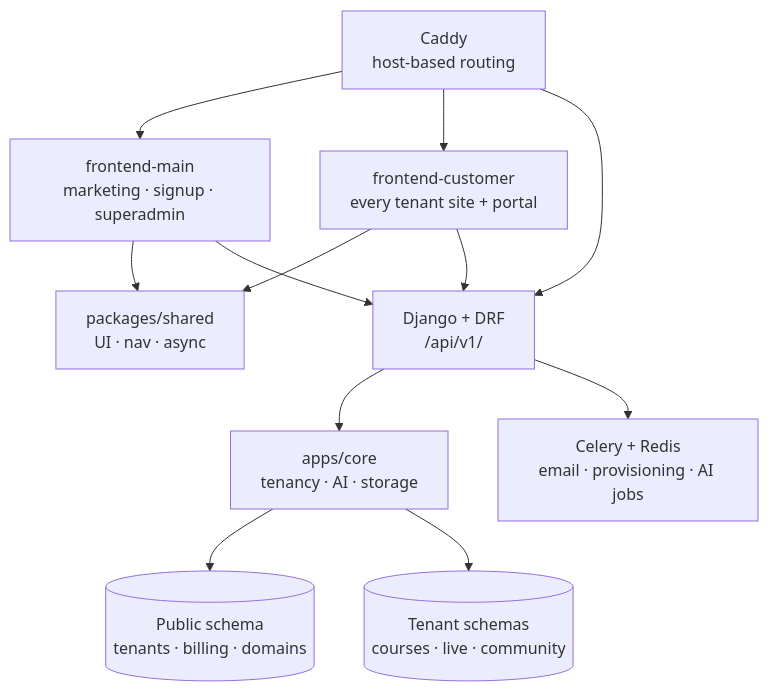
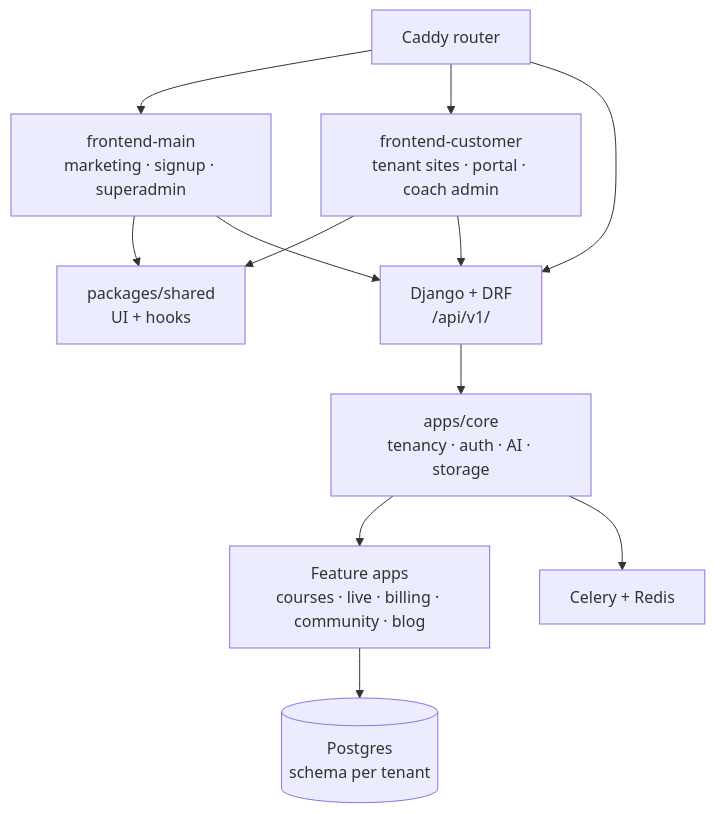
Before and after one commit to tahayusufkomur/contentor: the diagram in docs/wiki/overview.md, drawn with Mermaid. The commit also changed other lines of this file and 2 other files, not shown here.

````diff
--- a/docs/wiki/overview.md
+++ b/docs/wiki/overview.md
@@ -11,24 +11,18 @@
 ```mermaid
 graph TD
-    Caddy[Caddy<br/>host-based routing]
+    Caddy[Caddy router]
     Main[frontend-main<br/>marketing · signup · superadmin]
-    Customer[frontend-customer<br/>every tenant site + portal]
-    Shared[packages/shared<br/>UI · nav · async]
-    Django[Django + DRF<br/>/api/v1/]
-    Core[apps/core<br/>tenancy · AI · storage]
-    Public[(Public schema<br/>tenants · billing · domains)]
-    Tenant[(Tenant schemas<br/>courses · live · community)]
-    Celery[Celery + Redis<br/>email · provisioning · AI jobs]
+    Cust[frontend-customer<br/>tenant sites · portal · coach admin]
+    Shared[packages/shared<br/>UI + hooks]
+    API[Django + DRF<br/>/api/v1/]
+    Core[apps/core<br/>tenancy · auth · AI · storage]
+    Feat[Feature apps<br/>courses · live · billing · community · blog]
+    PG[(Postgres<br/>schema per tenant)]
+    Celery[Celery + Redis]
 
-    Caddy --> Main
-    Caddy --> Customer
-    Caddy --> Django
-    Main --> Shared
-    Customer --> Shared
-    Main --> Django
-    Customer --> Django
-    Django --> Core
-    Core --> Public
-    Core --> Tenant
-    Django --> Celery
+    Caddy --> Main & Cust & API
+    Main & Cust --> Shared
+    Main & Cust --> API
+    API --> Core --> Feat --> PG
+    Core --> Celery
 ```
````
